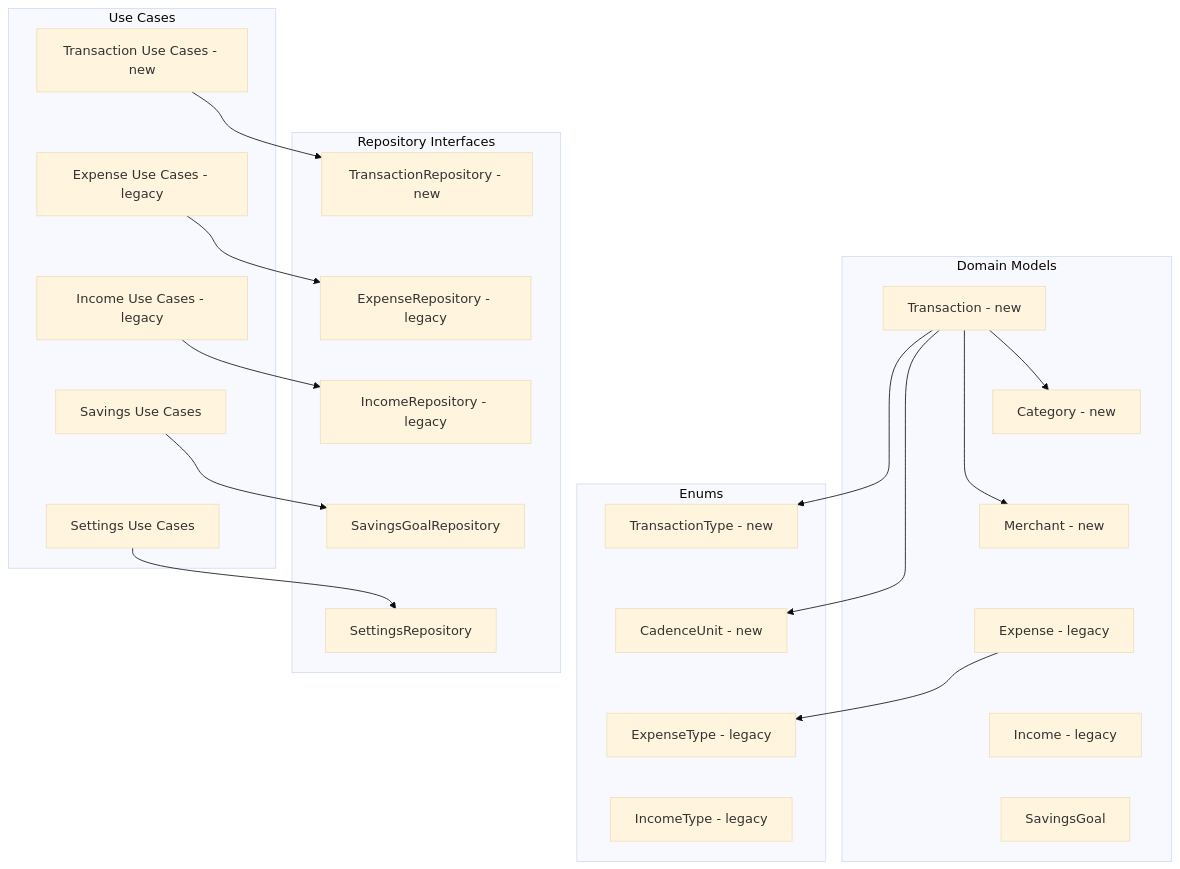
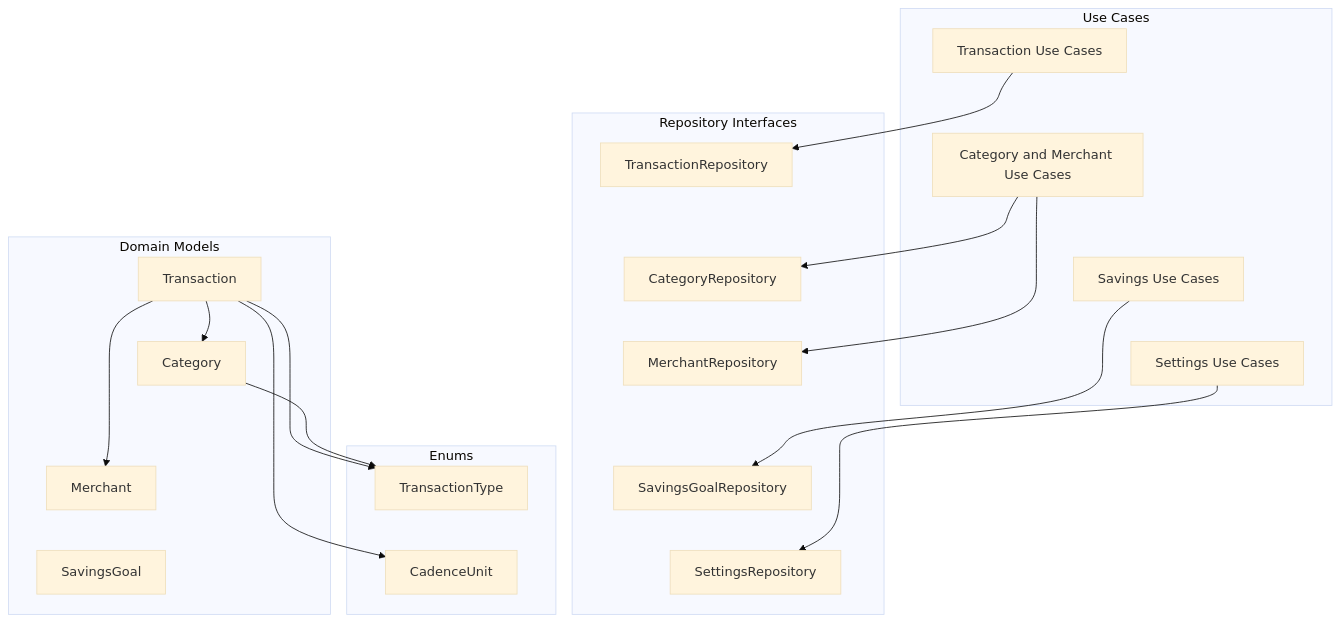
Before and after one commit to JFfarrell/financesApp: the diagram in docs/architecture/02_domain.md, drawn with Mermaid (base theme). The commit also changed other lines of this file and 72 other files, not shown here.

````diff
--- a/docs/architecture/02_domain.md
+++ b/docs/architecture/02_domain.md
@@ -5,49 +5,44 @@
 ```mermaid
 graph TD
 
     subgraph Models["Domain Models"]
-        Transaction["Transaction - new"]
-        Transaction ~~~ Category["Category - new"]
-        Category ~~~ Merchant["Merchant - new"]
-        Merchant ~~~ Expense["Expense - legacy"]
-        Expense ~~~ Income["Income - legacy"]
-        Income ~~~ SavingsGoal["SavingsGoal"]
+        Transaction["Transaction"]
+        Transaction ~~~ Category["Category"]
+        Category ~~~ Merchant["Merchant"]
+        Merchant ~~~ SavingsGoal["SavingsGoal"]
     end
 
     subgraph Enums["Enums"]
-        TransactionType["TransactionType - new"]
-        TransactionType ~~~ CadenceUnit["CadenceUnit - new"]
-        CadenceUnit ~~~ ExpenseType["ExpenseType - legacy"]
-        ExpenseType ~~~ IncomeType["IncomeType - legacy"]
+        TransactionType["TransactionType"]
+        TransactionType ~~~ CadenceUnit["CadenceUnit"]
     end
 
     subgraph Interfaces["Repository Interfaces"]
-        TR["TransactionRepository - new"]
-        TR ~~~ ER["ExpenseRepository - legacy"]
-        ER ~~~ IR["IncomeRepository - legacy"]
-        IR ~~~ SGR["SavingsGoalRepository"]
+        TR["TransactionRepository"]
+        TR ~~~ CR["CategoryRepository"]
+        CR ~~~ MR["MerchantRepository"]
+        MR ~~~ SGR["SavingsGoalRepository"]
         SGR ~~~ SR["SettingsRepository"]
     end
 
     subgraph UseCases["Use Cases"]
-        TUC["Transaction Use Cases - new"]
-        TUC ~~~ EUC["Expense Use Cases - legacy"]
-        EUC ~~~ IUC["Income Use Cases - legacy"]
-        IUC ~~~ SUC["Savings Use Cases"]
+        TUC["Transaction Use Cases"]
+        TUC ~~~ CUC["Category and Merchant Use Cases"]
+        CUC ~~~ SUC["Savings Use Cases"]
         SUC ~~~ STUC["Settings Use Cases"]
     end
 
     Transaction --> TransactionType
     Transaction --> CadenceUnit
     Transaction --> Category
     Transaction --> Merchant
-    Expense --> ExpenseType
+    Category --> TransactionType
 
     TUC --> TR
-    EUC --> ER
-    IUC --> IR
+    CUC --> CR
+    CUC --> MR
     SUC --> SGR
     STUC --> SR
 
     TR ~~~ Transaction
 ```
````
